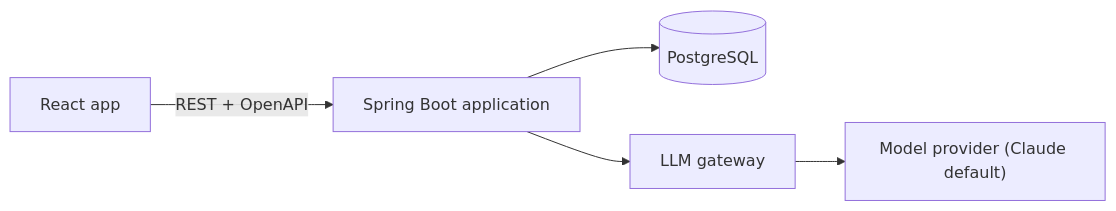
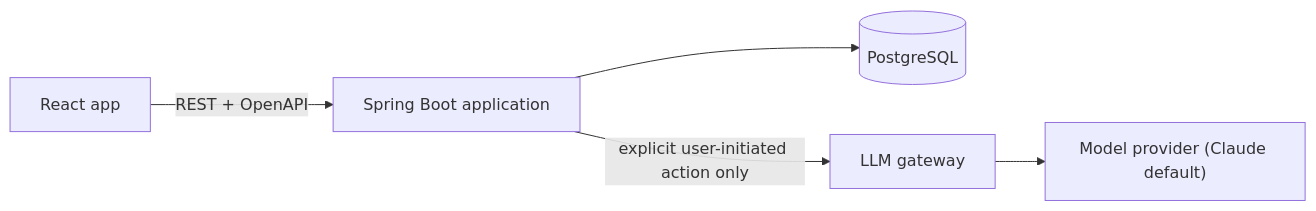
One commit to xiashuidaolaoshuren/Nextora changed the diagram in docs/superpowers/specs/2026-11-11-workspace-core-design.md. Above: the diagram before and after it, drawn with Mermaid. The commit also changed other lines of this file and 8 other files, not shown here.

````diff
--- a/docs/superpowers/specs/2026-11-11-workspace-core-design.md
+++ b/docs/superpowers/specs/2026-11-11-workspace-core-design.md
@@ -55,7 +56,7 @@
 ```mermaid
 flowchart LR
     UI["React app"] -->|"REST + OpenAPI"| API["Spring Boot application"]
     API --> DB[("PostgreSQL")]
-    API --> GW["LLM gateway"]
+    API -->|"explicit user-initiated action only"| GW["LLM gateway"]
     GW --> LLM["Model provider (Claude default)"]
 ```
````
